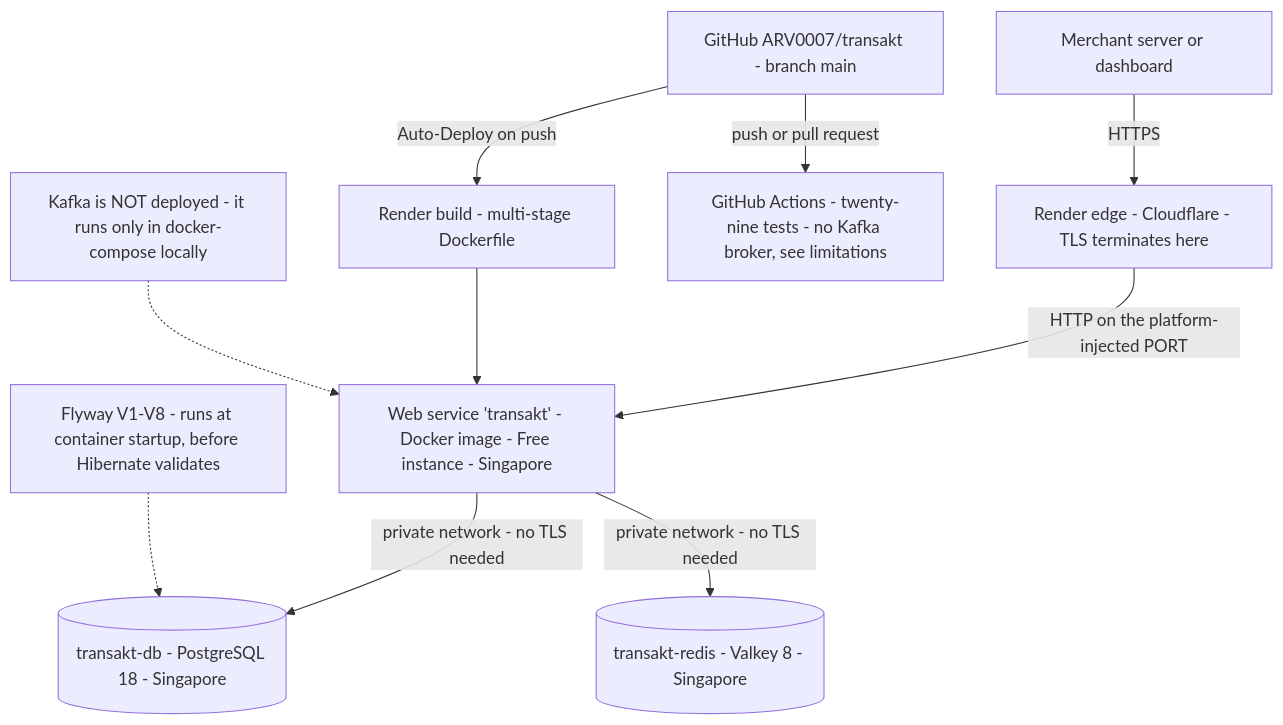
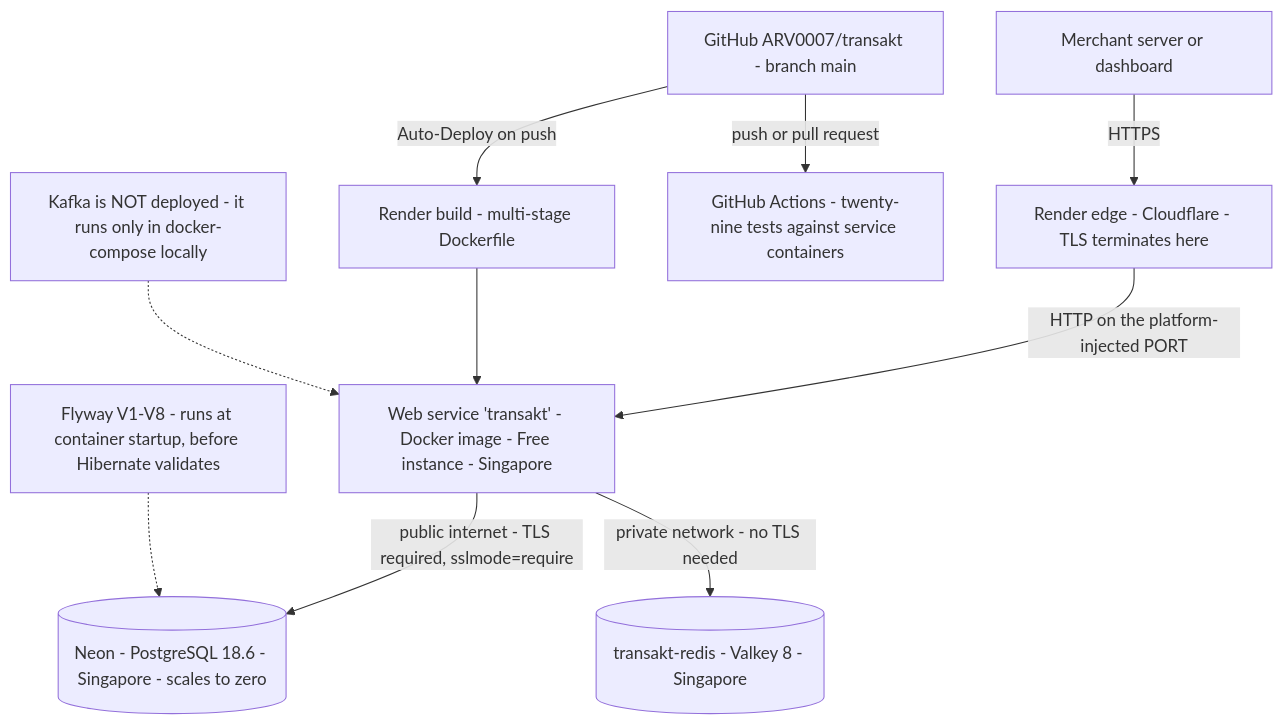
One commit to ARV0007/transakt changed the first of 3 diagrams in docs/architecture.md. Above: the diagram before and after it, drawn with Mermaid. The commit also changed other lines of this file and 2 other files, not shown here.

Commit message:
docs: CONTEXT updated through Day 23 — Neon, CI fix, config gotchas

``````diff
--- a/docs/architecture.md
+++ b/docs/architecture.md
@@ -9,13 +9,13 @@
-`````mermaid
+```mermaid
 flowchart TD
   client[Merchant server or dashboard]
   client -->|HTTPS| edge[Render edge - Cloudflare - TLS terminates here]
   edge -->|HTTP on the platform-injected PORT| app[Web service 'transakt' - Docker image - Free instance - Singapore]
-  app -->|private network - no TLS needed| pg[(transakt-db - PostgreSQL 18 - Singapore)]
+  app -->|public internet - TLS required, sslmode=require| pg[(Neon - PostgreSQL 18.6 - Singapore - scales to zero)]
   app -->|private network - no TLS needed| kv[(transakt-redis - Valkey 8 - Singapore)]
   gh[GitHub ARV0007/transakt - branch main] -->|Auto-Deploy on push| build[Render build - multi-stage Dockerfile]
-  gh -->|push or pull request| ci[GitHub Actions - twenty-nine tests - no Kafka broker, see limitations]
+  gh -->|push or pull request| ci[GitHub Actions - twenty-nine tests against service containers]
   build --> app
   flyway[Flyway V1-V8 - runs at container startup, before Hibernate validates] -.-> pg
   note[Kafka is NOT deployed - it runs only in docker-compose locally] -.-> app
-`````
+```
``````
